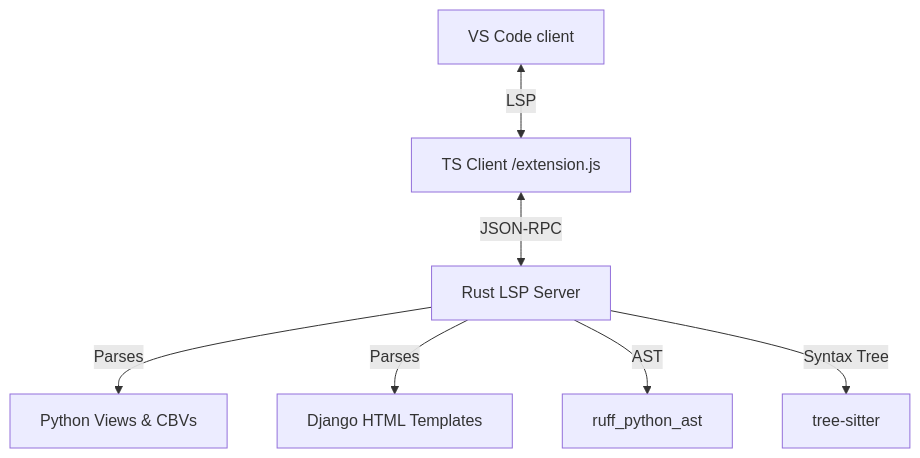
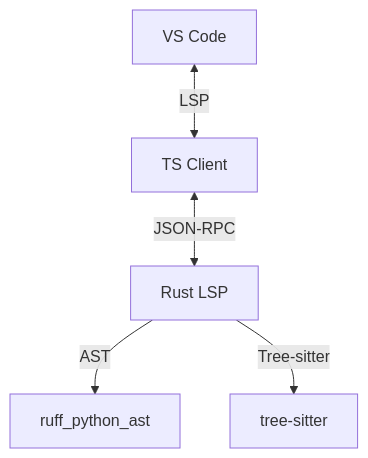
Before and after one commit to JhonatanRian/django-ide-extension: the diagram in README.md, drawn with Mermaid. The commit also changed other lines of this file, not shown here.

````diff
--- a/README.md
+++ b/README.md
@@ -47,9 +89,7 @@
 ```mermaid
 graph TD
-    VSCode[VS Code client] <-->|LSP| LSP[TS Client /extension.js]
-    LSP <-->|JSON-RPC| Server[Rust LSP Server]
-    Server -->|Parses| Python[Python Views & CBVs]
-    Server -->|Parses| Templates[Django HTML Templates]
+    VSCode[VS Code] <-->|LSP| Client[TS Client]
+    Client <-->|JSON-RPC| Server[Rust LSP]
     Server -->|AST| Ruff[ruff_python_ast]
-    Server -->|Syntax Tree| TS[tree-sitter]
+    Server -->|Tree-sitter| TS[tree-sitter]
 ```
````
